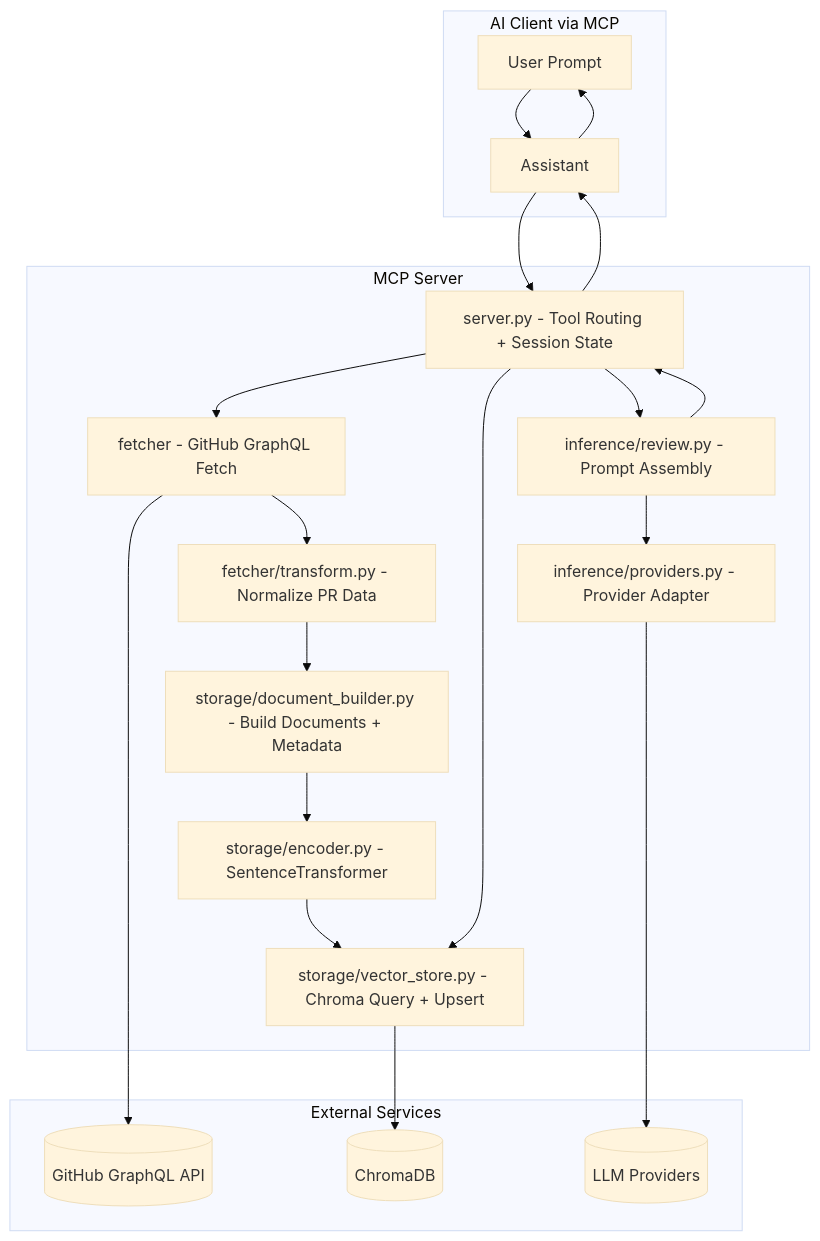
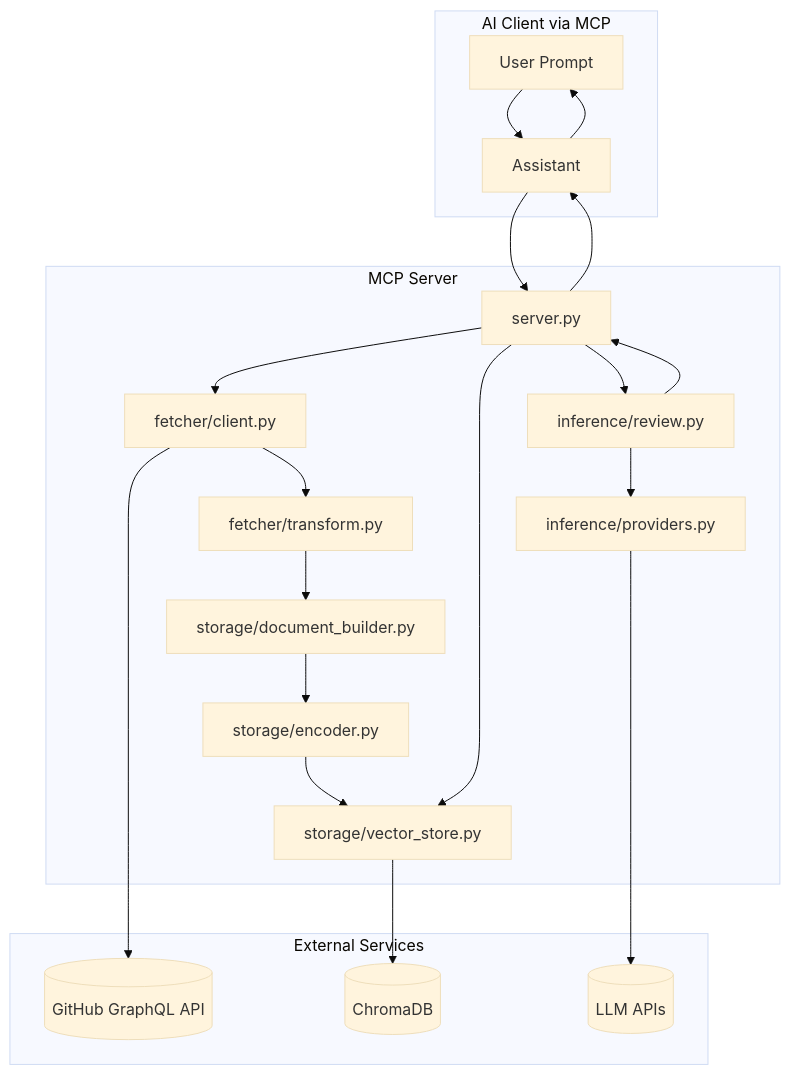
One commit to paarths-collab/github-pr-context-mcp changed the first of 3 diagrams in architecture.md. Above: the diagram before and after it, drawn with Mermaid (base theme). The commit also changed other lines of this file, not shown here.

Commit message:
docs: improve architecture diagram readability

````diff
--- a/architecture.md
+++ b/architecture.md
@@ -46,31 +46,31 @@
 ```mermaid
 flowchart TB
     subgraph Client["AI Client via MCP"]
         U[User Prompt]
         A[Assistant]
     end
 
     subgraph Server["MCP Server"]
-        S["server.py - Tool Routing + Session State"]
-        F["fetcher - GitHub GraphQL Fetch"]
-        T["fetcher/transform.py - Normalize PR Data"]
-        D["storage/document_builder.py - Build Documents + Metadata"]
-        E["storage/encoder.py - SentenceTransformer"]
-        V["storage/vector_store.py - Chroma Query + Upsert"]
-        R["inference/review.py - Prompt Assembly"]
-        P["inference/providers.py - Provider Adapter"]
+        S["server.py"]
+        F["fetcher/client.py"]
+        T["fetcher/transform.py"]
+        D["storage/document_builder.py"]
+        E["storage/encoder.py"]
+        V["storage/vector_store.py"]
+        R["inference/review.py"]
+        P["inference/providers.py"]
     end
 
     subgraph External["External Services"]
         GH[(GitHub GraphQL API)]
         DB[(ChromaDB)]
-        LLM[(LLM Providers)]
+        LLM[(LLM APIs)]
     end
 
     U --> A --> S
     S --> F --> GH
     F --> T --> D --> E --> V --> DB
     S --> V
     S --> R --> P --> LLM
     R --> S --> A --> U
 ```
````
